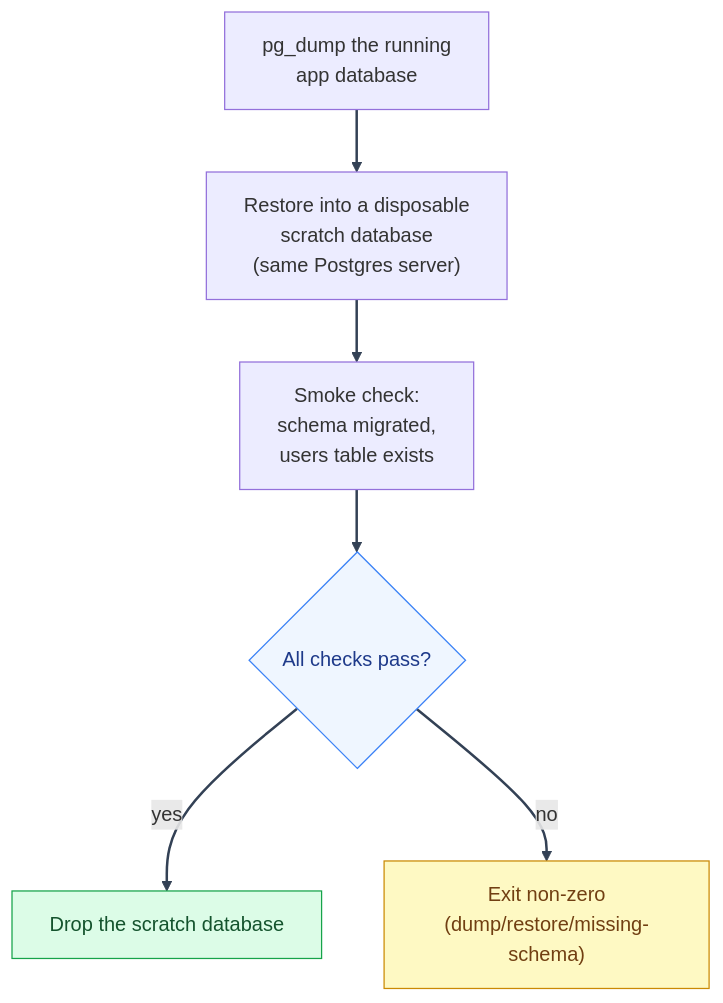
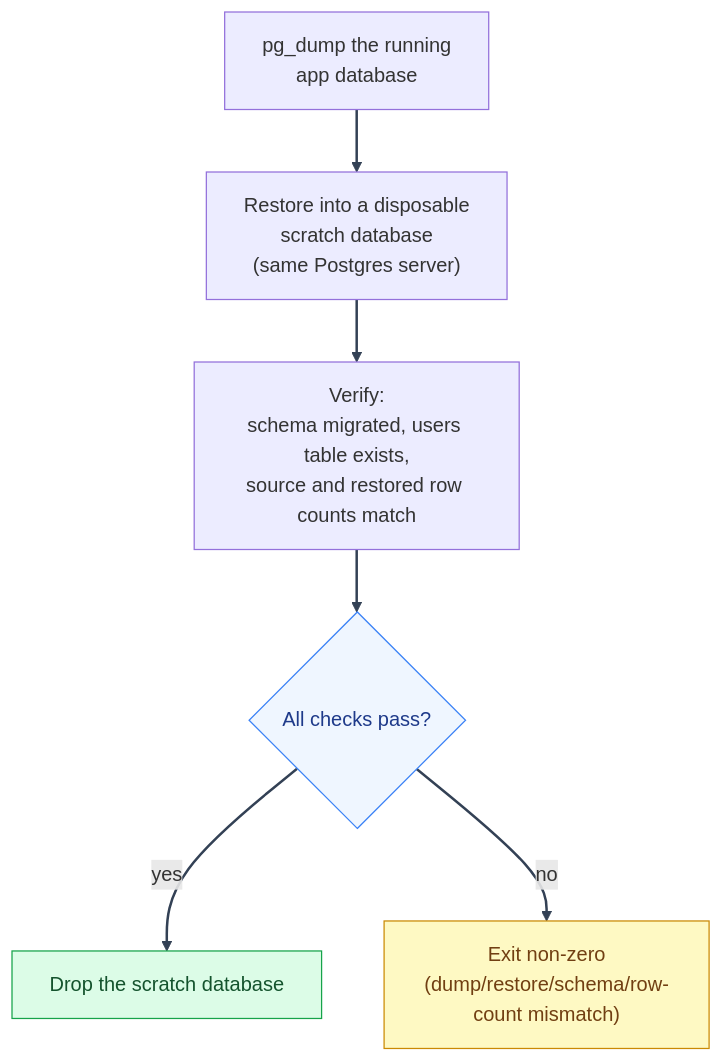
The diagram in docs/mystic_auth/deployment/migrations-and-backups.md (Nachiket-2024/mystic-auth), drawn with Mermaid before and after one commit. The commit also changed other lines of this file and 292 other files, not shown here.

````diff
--- a/docs/mystic_auth/deployment/migrations-and-backups.md
+++ b/docs/mystic_auth/deployment/migrations-and-backups.md
@@ -59,22 +139,22 @@
 ```mermaid
 %%{init: {"themeVariables": {"lineColor": "#334155"}} }%%
 flowchart TD
     Dump["pg_dump the running\napp database"]
     Scratch["Restore into a disposable\nscratch database\n(same Postgres server)"]
-    Smoke["Smoke check:\nschema migrated,\nusers table exists"]
+    Smoke["Verify:\nschema migrated, users table exists,\nsource and restored row counts match"]
     Pass{"All checks pass?"}
     Drop["Drop the scratch database"]
-    Fail["Exit non-zero\n(dump/restore/missing-schema)"]
+    Fail["Exit non-zero\n(dump/restore/schema/row-count mismatch)"]
 
     Dump --> Scratch --> Smoke --> Pass
     Pass -- "yes" --> Drop
     Pass -- "no" --> Fail
 
     classDef decision fill:#eff6ff,stroke:#3b82f6,color:#1e3a8a
     classDef caution fill:#fef9c3,stroke:#ca8a04,color:#713f12
     classDef terminal fill:#dcfce7,stroke:#16a34a,color:#14532d
     class Pass decision
     class Fail caution
     class Drop terminal
     linkStyle default stroke:#334155,stroke-width:2px
 ```
````
